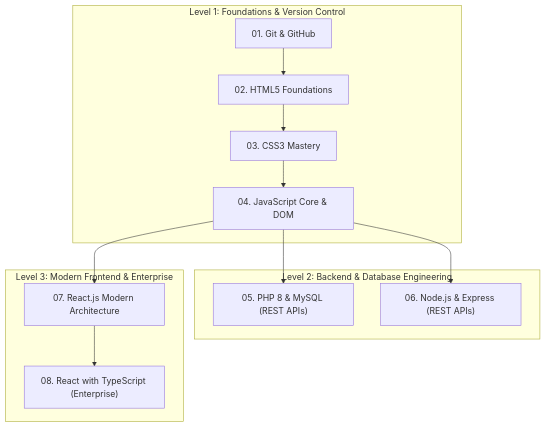
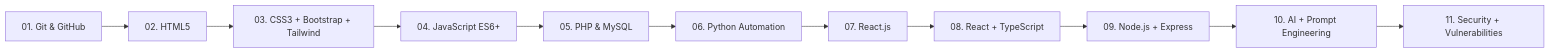
One commit to High-Q-Solid-Academy/.github changed the first of 2 diagrams in profile/README.md. Above: the diagram before and after it, drawn with Mermaid. The commit also changed other lines of this file and 14 other files, not shown here.

````diff
--- a/profile/README.md
+++ b/profile/README.md
@@ -59,18 +58,13 @@
 ```mermaid
-graph TD
-    subgraph "Level 1: Foundations & Version Control"
-        T1["01. Git & GitHub"] --> T2["02. HTML5 Foundations"]
-        T2 --> T3["03. CSS3 Mastery"]
-        T3 --> T4["04. JavaScript Core & DOM"]
-    end
-
-    subgraph "Level 2: Backend & Database Engineering"
-        T4 --> T5["05. PHP 8 & MySQL (REST APIs)"]
-        T4 --> T6["06. Node.js & Express (REST APIs)"]
-    end
-
-    subgraph "Level 3: Modern Frontend & Enterprise"
-        T4 --> T7["07. React.js Modern Architecture"]
-        T7 --> T8["08. React with TypeScript (Enterprise)"]
-    end
+graph LR
+    T1["01. Git & GitHub"] --> T2["02. HTML5"]
+    T2 --> T3["03. CSS3 + Bootstrap + Tailwind"]
+    T3 --> T4["04. JavaScript ES6+"]
+    T4 --> T5["05. PHP & MySQL"]
+    T5 --> T6["06. Python Automation"]
+    T6 --> T7["07. React.js"]
+    T7 --> T8["08. React + TypeScript"]
+    T8 --> T9["09. Node.js + Express"]
+    T9 --> T10["10. AI + Prompt Engineering"]
+    T10 --> T11["11. Security + Vulnerabilities"]
 ```
````
